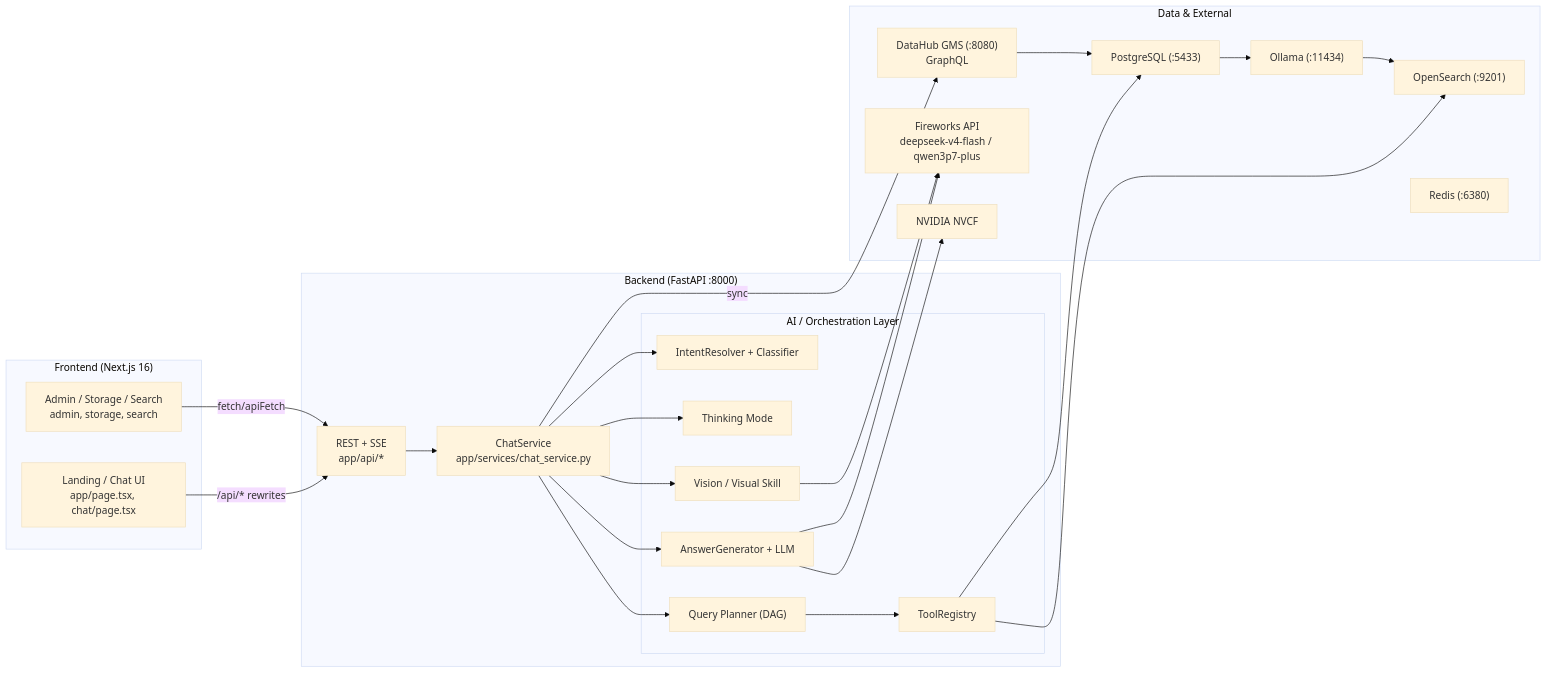
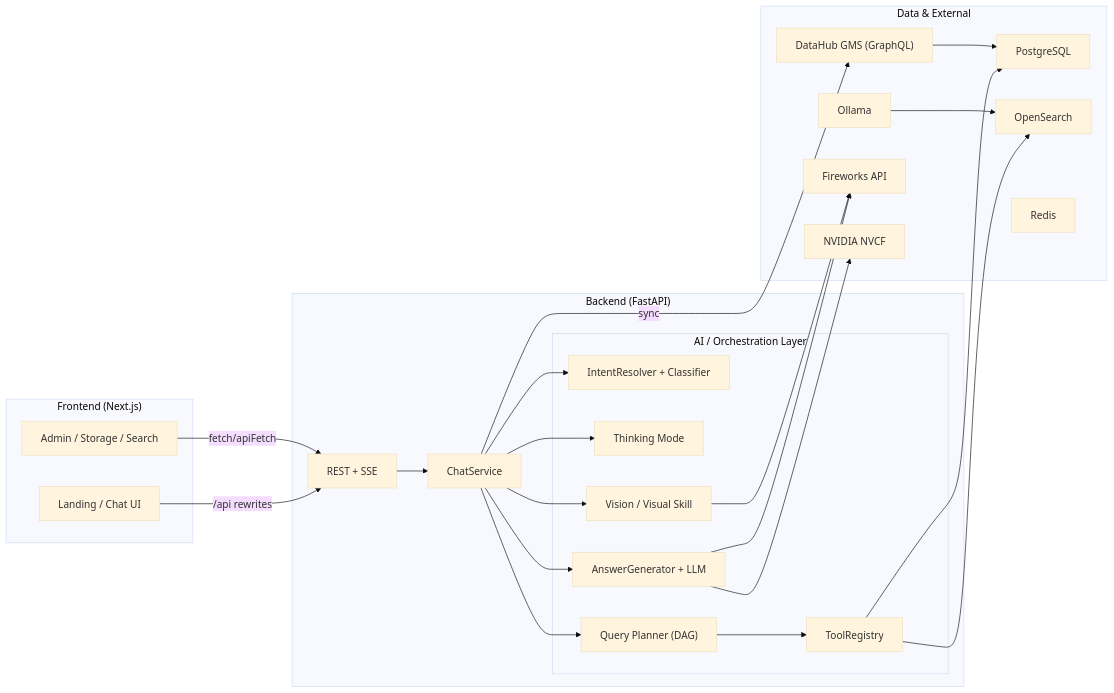
Before and after one commit to anoreo07/datahub_ai_chatbot: the first of 16 diagrams in datahub-ai-chatbot/docs/TECHNICAL_ARCHITECTURE_REPORT.md, drawn with Mermaid (base theme). The commit also changed other lines of this file and 414 other files, not shown here.

````diff
--- a/datahub-ai-chatbot/docs/TECHNICAL_ARCHITECTURE_REPORT.md
+++ b/datahub-ai-chatbot/docs/TECHNICAL_ARCHITECTURE_REPORT.md
@@ -65,49 +52,48 @@
 ```mermaid
 flowchart LR
-    subgraph Frontend["Frontend (Next.js 16)"]
-        L["Landing / Chat UI<br/>app/page.tsx, chat/page.tsx"]
-        A["Admin / Storage / Search<br/>admin, storage, search"]
+    subgraph Frontend["Frontend (Next.js)"]
+        L["Landing / Chat UI"]
+        A["Admin / Storage / Search"]
     end
 
-    subgraph Backend["Backend (FastAPI :8000)"]
-        API["REST + SSE<br/>app/api/*"]
-        CS["ChatService<br/>app/services/chat_service.py"]
+    subgraph Backend["Backend (FastAPI)"]
+        API["REST + SSE"]
+        CS["ChatService"]
         subgraph AI["AI / Orchestration Layer"]
             INT["IntentResolver + Classifier"]
             TH["Thinking Mode"]
             QP["Query Planner (DAG)"]
             TR["ToolRegistry"]
             GEN["AnswerGenerator + LLM"]
             VIS["Vision / Visual Skill"]
         end
     end
 
     subgraph Data["Data & External"]
-        DH["DataHub GMS (:8080)<br/>GraphQL"]
-        PG["PostgreSQL (:5433)"]
-        OS["OpenSearch (:9201)"]
-        RD["Redis (:6380)"]
-        OLL["Ollama (:11434)"]
-        FW["Fireworks API<br/>deepseek-v4-flash / qwen3p7-plus"]
+        DH["DataHub GMS (GraphQL)"]
+        PG["PostgreSQL"]
+        OS["OpenSearch"]
+        RD["Redis"]
+        OLL["Ollama"]
+        FW["Fireworks API"]
         NV["NVIDIA NVCF"]
     end
 
-    L -->|"/api/* rewrites"| API
+    L -->|"/api rewrites"| API
     A -->|"fetch/apiFetch"| API
     API --> CS
     CS --> INT
     CS --> TH
     CS --> QP
     QP --> TR
     CS --> VIS
     TR --> PG
     TR --> OS
     CS --> GEN
     GEN --> FW
     GEN --> NV
     VIS --> FW
     CS -->|"sync"| DH
     DH --> PG
-    PG --> OLL
     OLL --> OS
 ```
````
